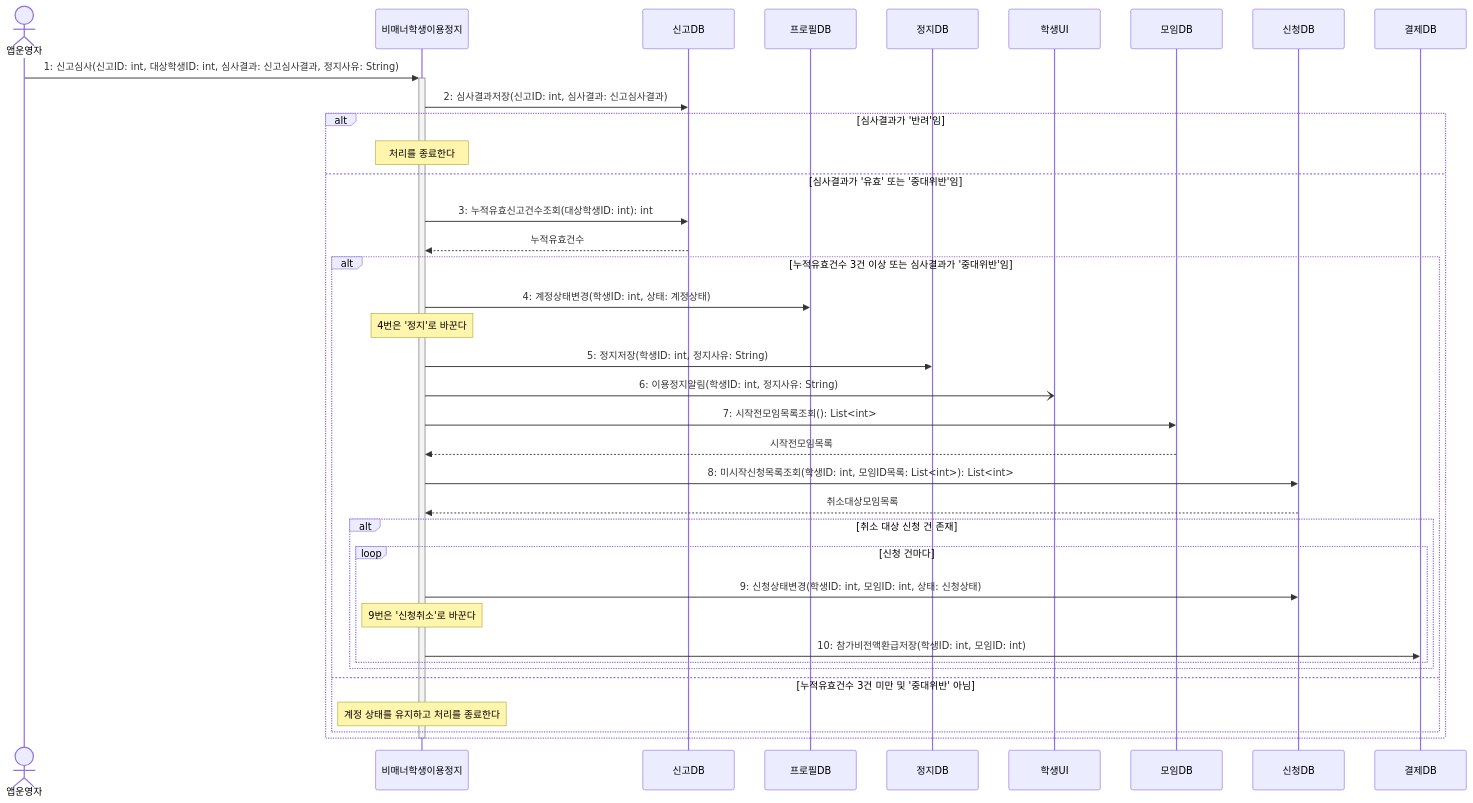
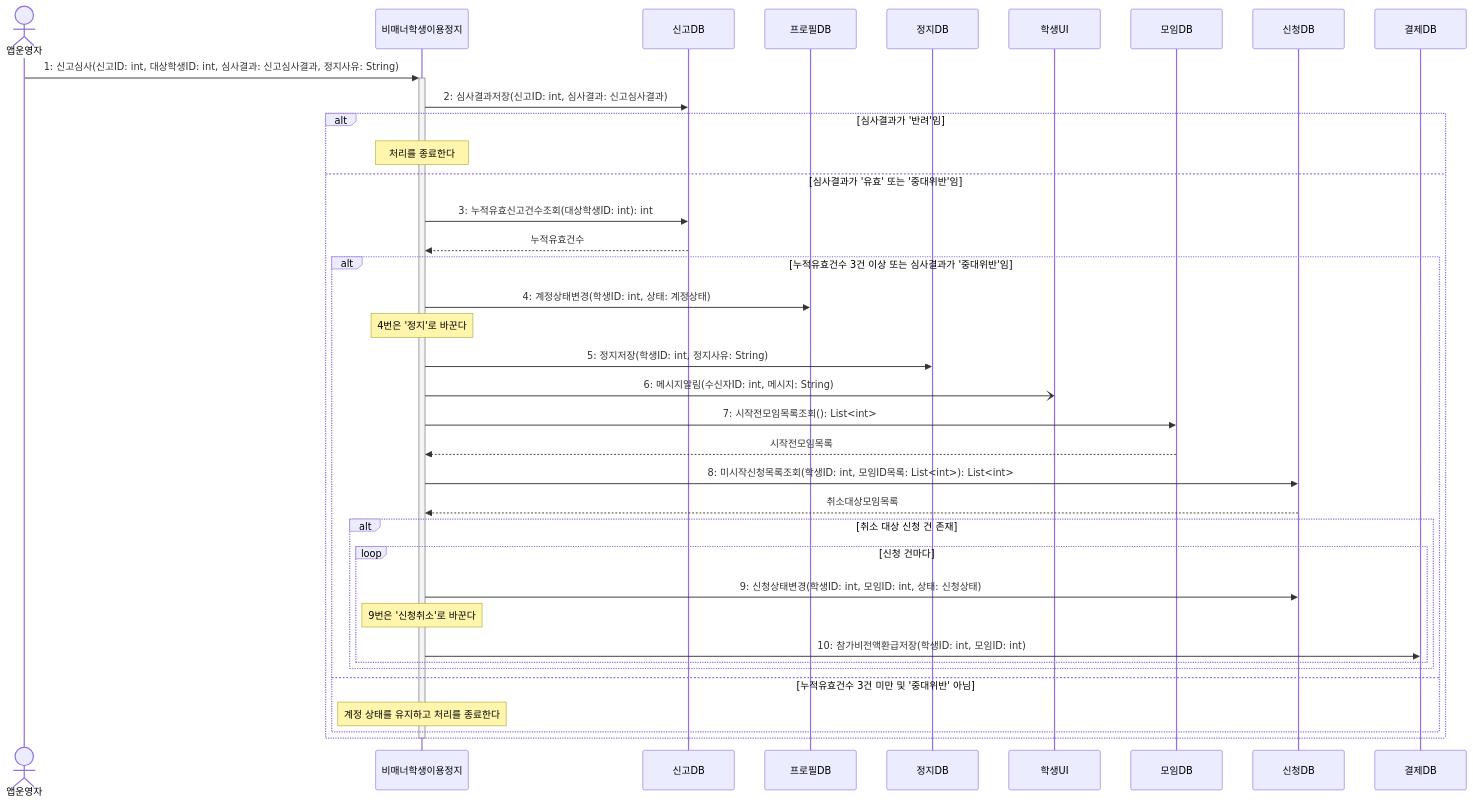
Before and after one commit to hojae3/sw-engineering-16: the diagram in sequence/seq-13.md, drawn with Mermaid. The commit also changed other lines of this file and 19 other files, not shown here.

````diff
--- a/sequence/seq-13.md
+++ b/sequence/seq-13.md
@@ -28,44 +28,44 @@
 ```mermaid
 sequenceDiagram
     actor 앱운영자
     participant 정지 as 비매너학생이용정지
     participant 신고DB as 신고DB
     participant 프로필DB as 프로필DB
     participant 정지DB as 정지DB
     participant 학생UI as 학생UI
     participant 모임DB as 모임DB
     participant 신청DB as 신청DB
     participant 결제DB as 결제DB
 
     앱운영자->>+정지: 1: 신고심사(신고ID: int, 대상학생ID: int, 심사결과: 신고심사결과, 정지사유: String)
     정지->>신고DB: 2: 심사결과저장(신고ID: int, 심사결과: 신고심사결과)
 
     alt 심사결과가 '반려'임
         Note over 정지: 처리를 종료한다
     else 심사결과가 '유효' 또는 '중대위반'임
         정지->>신고DB: 3: 누적유효신고건수조회(대상학생ID: int): int
         신고DB-->>정지: 누적유효건수
 
         alt 누적유효건수 3건 이상 또는 심사결과가 '중대위반'임
             정지->>프로필DB: 4: 계정상태변경(학생ID: int, 상태: 계정상태)
             Note over 정지: 4번은 '정지'로 바꾼다
             정지->>정지DB: 5: 정지저장(학생ID: int, 정지사유: String)
-            정지-)학생UI: 6: 이용정지알림(학생ID: int, 정지사유: String)
+            정지-)학생UI: 6: 메시지알림(수신자ID: int, 메시지: String)
             정지->>모임DB: 7: 시작전모임목록조회(): List<int>
             모임DB-->>정지: 시작전모임목록
             정지->>신청DB: 8: 미시작신청목록조회(학생ID: int, 모임ID목록: List<int>): List<int>
             신청DB-->>정지: 취소대상모임목록
 
             alt 취소 대상 신청 건 존재
                 loop 신청 건마다
                     정지->>신청DB: 9: 신청상태변경(학생ID: int, 모임ID: int, 상태: 신청상태)
                     Note over 정지: 9번은 '신청취소'로 바꾼다
                     정지->>결제DB: 10: 참가비전액환급저장(학생ID: int, 모임ID: int)
                 end
             end
         else 누적유효건수 3건 미만 및 '중대위반' 아님
             Note over 정지: 계정 상태를 유지하고 처리를 종료한다
         end
     end
     deactivate 정지
 ```
````
